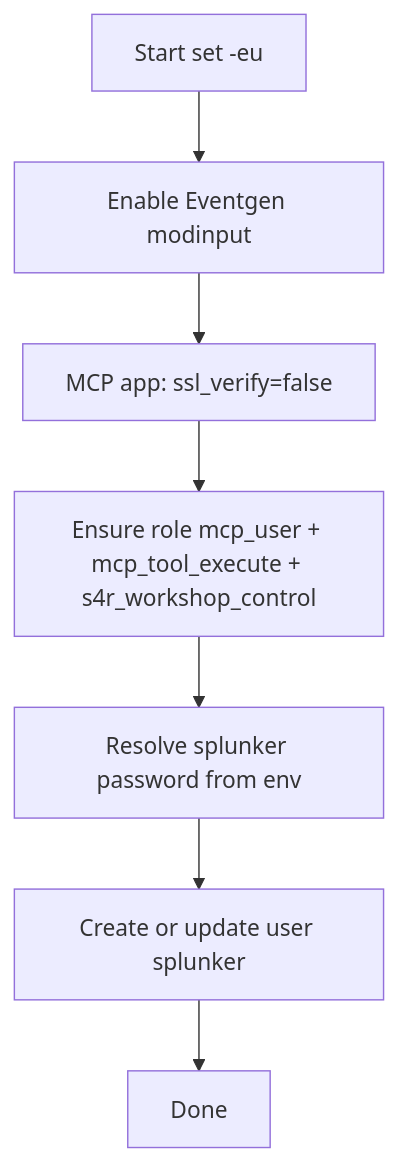
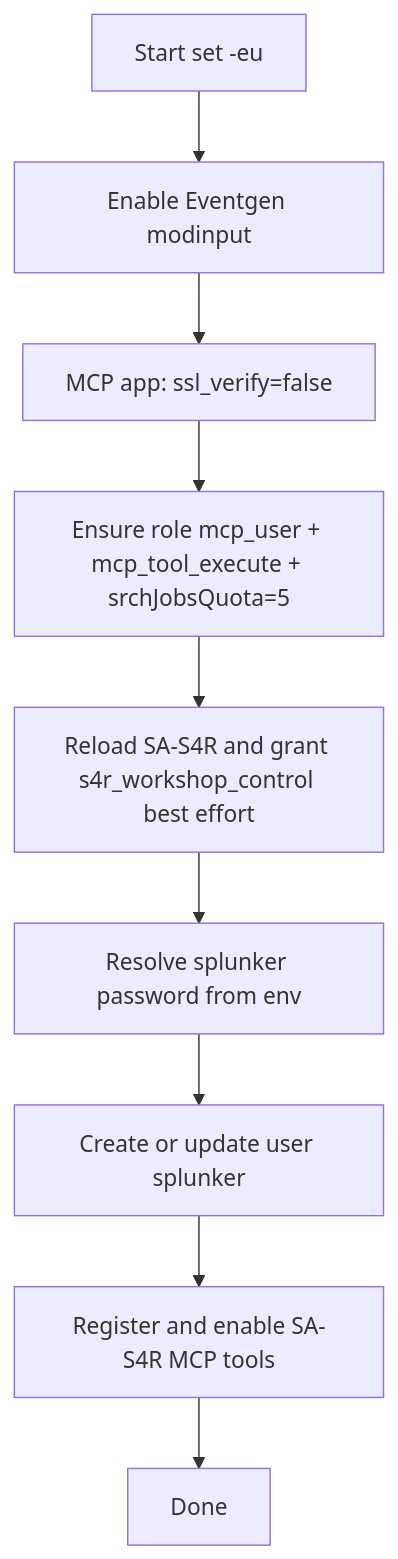
One commit to dd-Splunk/splunk-mcp changed the second of 2 diagrams in docs/poc/CONFIGURATION.md. Above: the diagram before and after it, drawn with Mermaid. The commit also changed 2 other files, not shown here.

Commit message:
docs: align init flow with current Splunk stack

````diff
--- a/docs/poc/CONFIGURATION.md
+++ b/docs/poc/CONFIGURATION.md
@@ -343,9 +343,11 @@
 ```mermaid
 flowchart TD
   A[Start set -eu] --> B[Enable Eventgen modinput]
   B --> C[MCP app: ssl_verify=false]
-  C --> D[Ensure role mcp_user + mcp_tool_execute + s4r_workshop_control]
-  D --> E[Resolve splunker password from env]
-  E --> F[Create or update user splunker]
-  F --> K[Done]
+  C --> D[Ensure role mcp_user + mcp_tool_execute + srchJobsQuota=5]
+  D --> E[Reload SA-S4R and grant s4r_workshop_control best effort]
+  E --> F[Resolve splunker password from env]
+  F --> G[Create or update user splunker]
+  G --> H[Register and enable SA-S4R MCP tools]
+  H --> K[Done]
 ```
````
